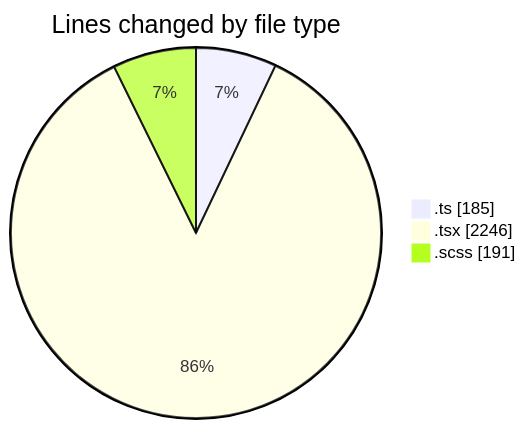
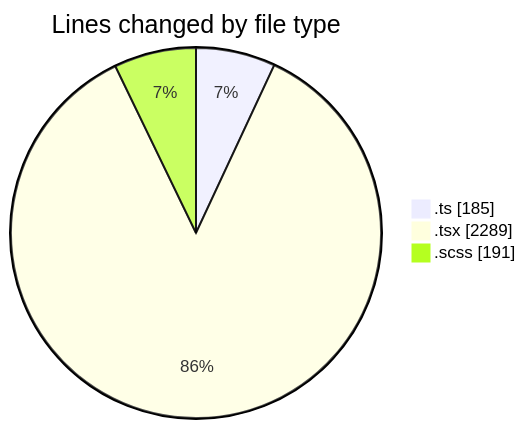
The first of 2 diagrams in 2026-11-05/cda/README.md (momahboobian/code-tracking), drawn with Mermaid before and after one commit. The commit also changed other lines of this file and 1 other file, not shown here.

````diff
--- a/2026-11-05/cda/README.md
+++ b/2026-11-05/cda/README.md
@@ -33,7 +34,7 @@
 ```mermaid
 pie showData
 title Lines changed by file type
 ".ts" : 185
-".tsx" : 2246
+".tsx" : 2289
 ".scss" : 191
 ```
````
